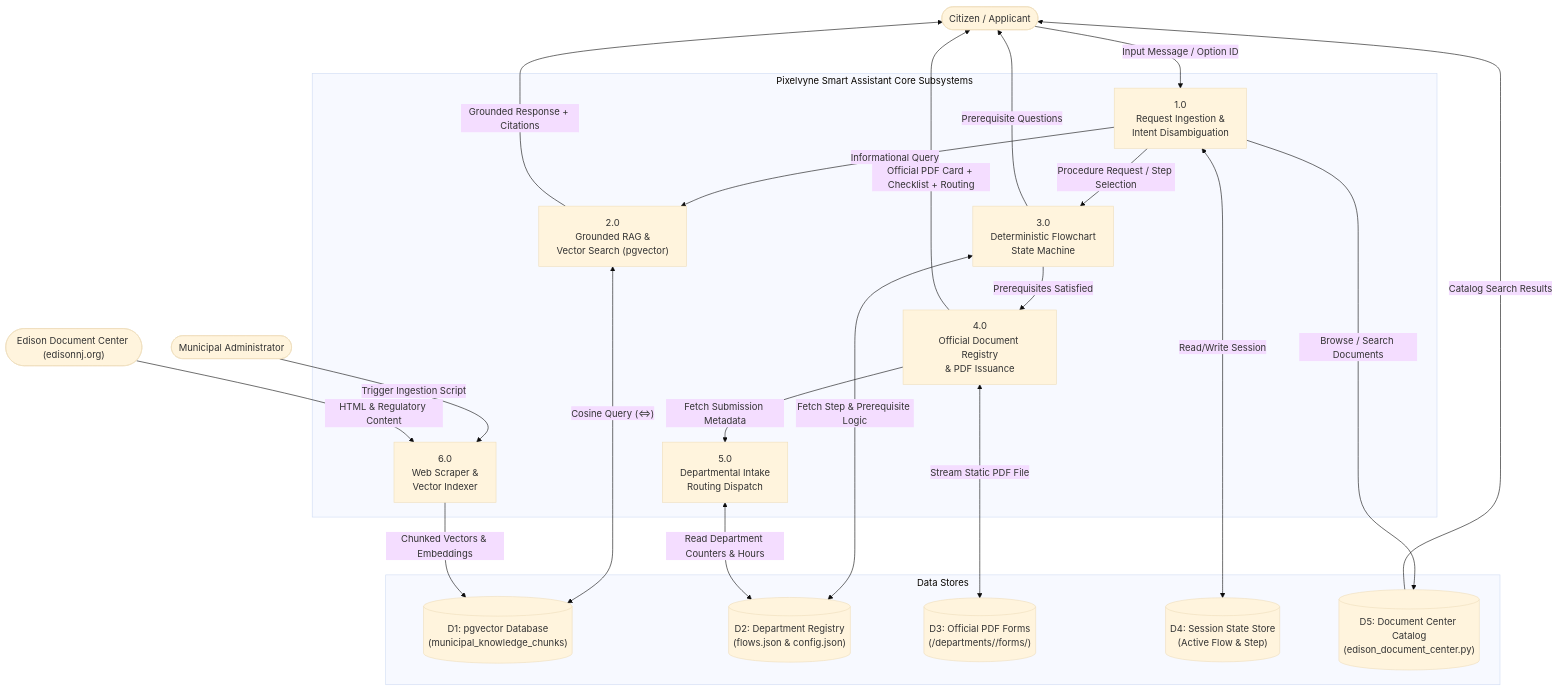
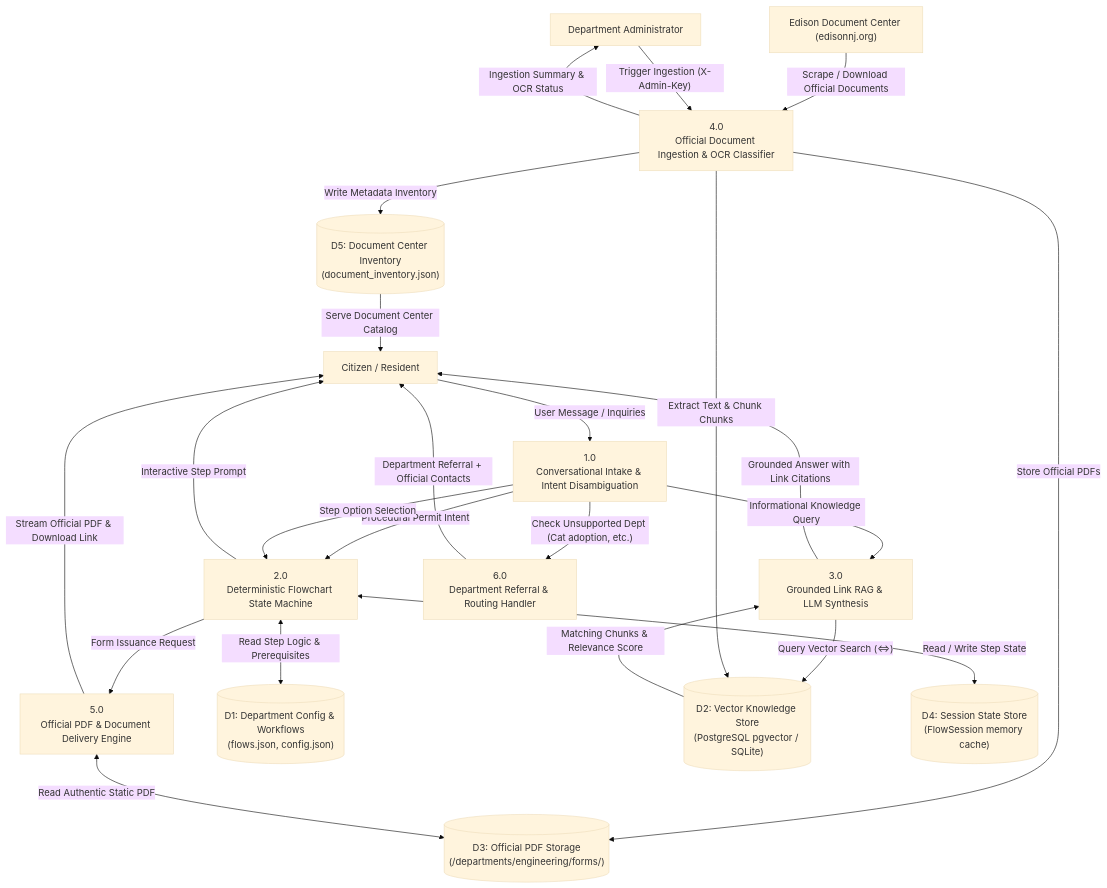
One commit to AartiPixel579/CivicIQ changed the fourth of 4 diagrams in ARCHITECTURE_AND_WORKFLOW.md. Above: the diagram before and after it, drawn with Mermaid (base theme). The commit also changed other lines of this file and 45 other files, not shown here.

Commit message:
Correct CivicIQ: Ground in official Edison NJ data, official PDF ingestion pipeline, deterministic workflows, pgvector, and LLM synthesis

````diff
--- a/ARCHITECTURE_AND_WORKFLOW.md
+++ b/ARCHITECTURE_AND_WORKFLOW.md
@@ -186,55 +161,48 @@
 ```mermaid
-flowchart TD
-    Citizen(["Citizen / Applicant"])
-    Admin(["Municipal Administrator"])
-    EdisonSite(["Edison Document Center (edisonnj.org)"])
+graph TD
+    Citizen["Citizen / Resident"]
+    Admin["Department Administrator"]
+    EdisonWeb["Edison Document Center (edisonnj.org)"]
 
-    subgraph Processes["Pixelvyne Smart Assistant Core Subsystems"]
-        P1["1.0\nRequest Ingestion &\nIntent Disambiguation"]
-        P2["2.0\nGrounded RAG &\nVector Search (pgvector)"]
-        P3["3.0\nDeterministic Flowchart\nState Machine"]
-        P4["4.0\nOfficial Document Registry\n& PDF Issuance"]
-        P5["5.0\nDepartmental Intake\nRouting Dispatch"]
-        P6["6.0\nWeb Scraper &\nVector Indexer"]
-    end
+    P1["1.0\nConversational Intake & Intent Disambiguation"]
+    P2["2.0\nDeterministic Flowchart State Machine"]
+    P3["3.0\nGrounded Link RAG & LLM Synthesis"]
+    P4["4.0\nOfficial Document Ingestion & OCR Classifier"]
+    P5["5.0\nOfficial PDF & Document Delivery Engine"]
+    P6["6.0\nDepartment Referral & Routing Handler"]
 
-    subgraph DataStores["Data Stores"]
-        D1[("D1: pgvector Database\n(municipal_knowledge_chunks)")]
-        D2[("D2: Department Registry\n(flows.json & config.json)")]
-        D3[("D3: Official PDF Forms\n(/departments/<dept>/forms/)")]
-        D4[("D4: Session State Store\n(Active Flow & Step)")]
-        D5[("D5: Document Center Catalog\n(edison_document_center.py)")]
-    end
+    D1[("D1: Department Config & Workflows\n(flows.json, config.json)")]
+    D2[("D2: Vector Knowledge Store\n(PostgreSQL pgvector / SQLite)")]
+    D3[("D3: Official PDF Storage\n(/departments/engineering/forms/)")]
+    D4[("D4: Session State Store\n(FlowSession memory cache)")]
+    D5[("D5: Document Center Inventory\n(document_inventory.json)")]
 
-    %% Process 1 Inbound
-    Citizen -->|"Input Message / Option ID"| P1
-    P1 <-->|"Read/Write Session"| D4
+    Citizen -->|"User Message / Inquiries"| P1
+    P1 -->|"Check Unsupported Dept (Cat adoption, etc.)"| P6
+    P6 -->|"Department Referral + Official Contacts"| Citizen
 
-    %% Routing logic
-    P1 -->|"Informational Query"| P2
-    P1 -->|"Procedure Request / Step Selection"| P3
-    P1 -->|"Browse / Search Documents"| D5
+    P1 -->|"Procedural Permit Intent"| P2
+    P1 -->|"Informational Knowledge Query"| P3
+    P1 -->|"Step Option Selection"| P2
 
-    %% Process 2 (RAG)
-    P2 <-->|"Cosine Query (<=>)"| D1
-    P2 -->|"Grounded Response + Citations"| Citizen
+    P2 <-->|"Read Step Logic & Prerequisites"| D1
+    P2 <-->|"Read / Write Step State"| D4
+    P2 -->|"Form Issuance Request"| P5
+    P2 -->|"Interactive Step Prompt"| Citizen
 
-    %% Process 3 (Flow Machine)
-    P3 <-->|"Fetch Step & Prerequisite Logic"| D2
-    P3 -->|"Prerequisite Questions"| Citizen
-    P3 -->|"Prerequisites Satisfied"| P4
+    P3 -->|"Query Vector Search (<=>)"| D2
+    D2 -->|"Matching Chunks & Relevance Score"| P3
+    P3 -->|"Grounded Answer with Link Citations"| Citizen
 
-    %% Process 4 (PDF Registry)
-    P4 <-->|"Stream Static PDF File"| D3
-    P4 -->|"Fetch Submission Metadata"| P5
-    P5 <-->|"Read Department Counters & Hours"| D2
-    P4 -->|"Official PDF Card + Checklist + Routing"| Citizen
+    EdisonWeb -->|"Scrape / Download Official Documents"| P4
+    P4 -->|"Store Official PDFs"| D3
+    P4 -->|"Extract Text & Chunk Chunks"| D2
+    P4 -->|"Write Metadata Inventory"| D5
 
-    %% Process 6 (Ingestion)
-    Admin -->|"Trigger Ingestion Script"| P6
-    EdisonSite -->|"HTML & Regulatory Content"| P6
-    P6 -->|"Chunked Vectors & Embeddings"| D1
+    Admin -->|"Trigger Ingestion (X-Admin-Key)"| P4
+    P4 -->|"Ingestion Summary & OCR Status"| Admin
 
-    %% Document Center Direct
-    D5 -->|"Catalog Search Results"| Citizen
+    P5 <-->|"Read Authentic Static PDF"| D3
+    P5 -->|"Stream Official PDF & Download Link"| Citizen
+    D5 -->|"Serve Document Center Catalog"| Citizen
 ```
````
